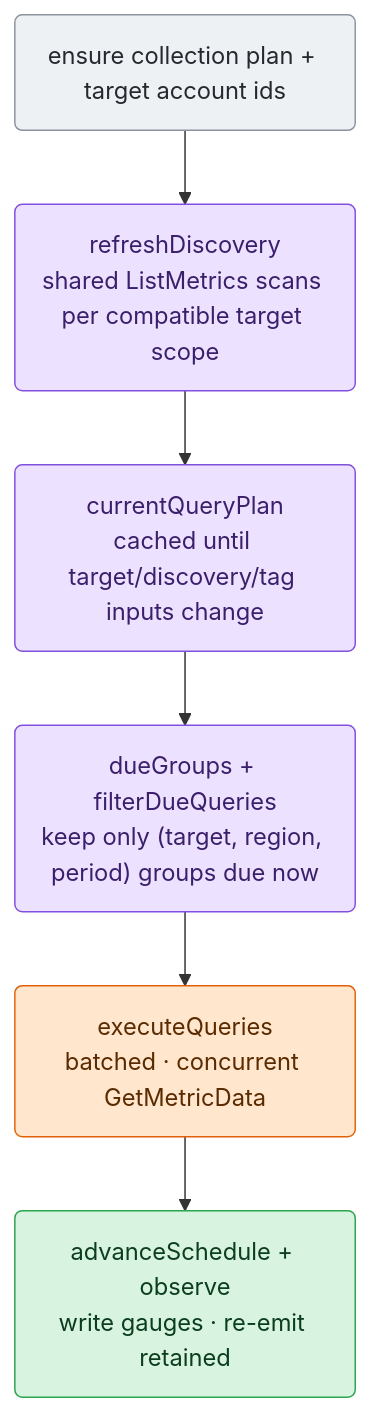
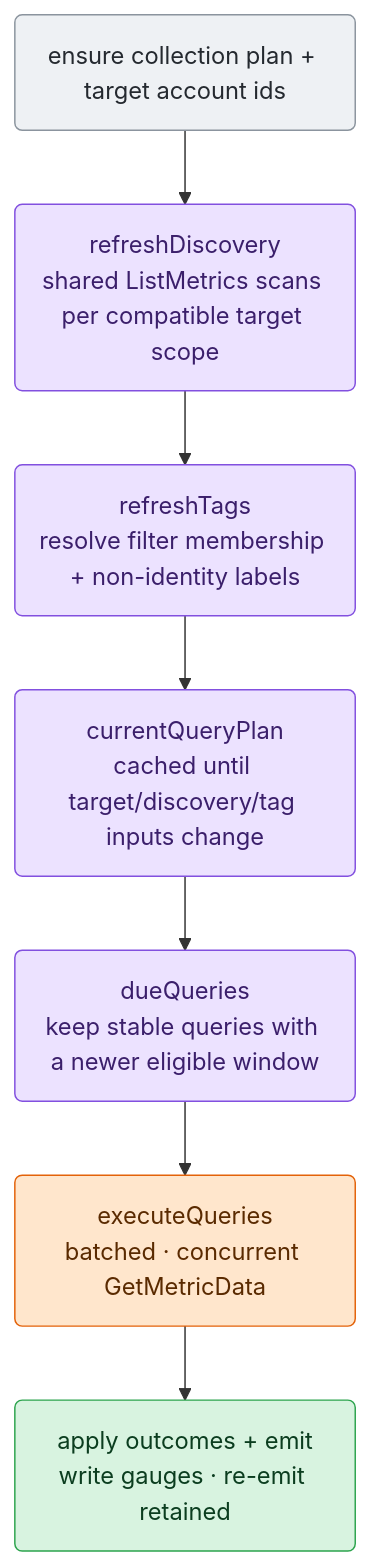
Before and after one commit to netdata/netdata: the third of 3 diagrams in src/go/plugin/go.d/collector/cloudwatch/ARCHITECTURE.md, drawn with Mermaid. The commit also changed other lines of this file and 55 other files, not shown here.

````diff
--- a/src/go/plugin/go.d/collector/cloudwatch/ARCHITECTURE.md
+++ b/src/go/plugin/go.d/collector/cloudwatch/ARCHITECTURE.md
@@ -121,21 +124,22 @@
 ```mermaid
 flowchart TD
     A("ensure collection plan + target account ids")
     B("refreshDiscovery<br/>shared ListMetrics scans per compatible target scope")
-    C("currentQueryPlan<br/>cached until target/discovery/tag inputs change")
-    D("dueGroups + filterDueQueries<br/>keep only (target, region, period) groups due now")
-    E("executeQueries<br/>batched · concurrent GetMetricData")
-    F("advanceSchedule + observe<br/>write gauges · re-emit retained")
+    C("refreshTags<br/>resolve filter membership + non-identity labels")
+    D("currentQueryPlan<br/>cached until target/discovery/tag inputs change")
+    E("dueQueries<br/>keep stable queries with a newer eligible window")
+    F("executeQueries<br/>batched · concurrent GetMetricData")
+    G("apply outcomes + emit<br/>write gauges · re-emit retained")
 
-    A --> B --> C --> D --> E --> F
+    A --> B --> C --> D --> E --> F --> G
 
     classDef input fill:#eef1f4,stroke:#8b949e,color:#24292f;
     classDef sched fill:#ece2ff,stroke:#8250df,color:#3b1f6b;
     classDef effect fill:#ffe6cc,stroke:#e36209,color:#5a2a00;
     classDef commit fill:#d8f3e0,stroke:#2da44e,color:#0b3d1f;
 
     class A input
-    class B,C,D sched
-    class E effect
-    class F commit
+    class B,C,D,E sched
+    class F effect
+    class G commit
 ```
````
